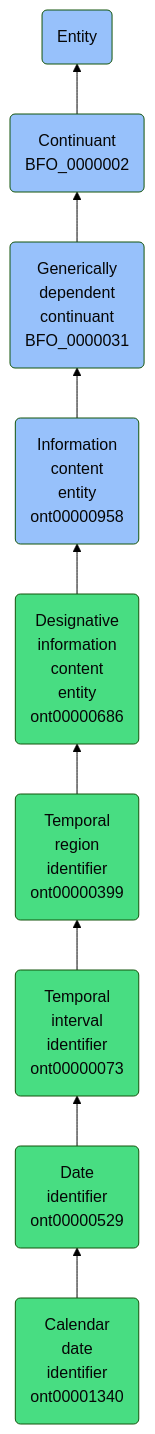
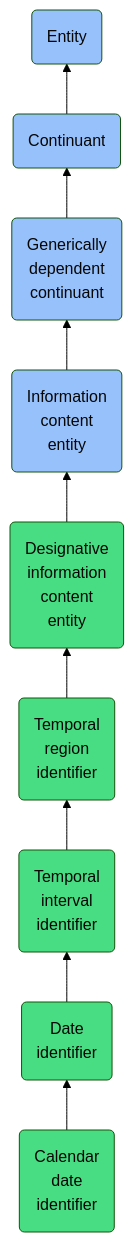
Before and after one commit to jupyter-naas/abi: the diagram in docs/ontology/reference/model/Entity/Continuant/Generically dependent continuant/Information content entity/Designative information content entity/Temporal region identifier/Temporal interval identifier/Date identifier/Calendar date identifier/Calendar date identifier.md, drawn with Mermaid (forest theme). The commit also changed other lines of this file and 1430 other files, not shown here.

````diff
--- a/docs/ontology/reference/model/Entity/Continuant/Generically dependent continuant/Information content entity/Designative information content entity/Temporal region identifier/Temporal interval identifier/Date identifier/Calendar date identifier/Calendar date identifier.md
+++ b/docs/ontology/reference/model/Entity/Continuant/Generically dependent continuant/Information content entity/Designative information content entity/Temporal region identifier/Temporal interval identifier/Date identifier/Calendar date identifier/Calendar date identifier.md
@@ -24,16 +24,16 @@
 ```mermaid
 graph BT
-    ont00001340(Calendar<br>date<br>identifier<br>ont00001340):::ABI-->ont00000529
-    ont00000529(Date<br>identifier<br>ont00000529):::ABI-->ont00000073
-    ont00000073(Temporal<br>interval<br>identifier<br>ont00000073):::ABI-->ont00000399
-    ont00000399(Temporal<br>region<br>identifier<br>ont00000399):::ABI-->ont00000686
-    ont00000686(Designative<br>information<br>content<br>entity<br>ont00000686):::ABI-->ont00000958
-    ont00000958(Information<br>content<br>entity<br>ont00000958):::BFO-->BFO_0000031
-    BFO_0000031(Generically<br>dependent<br>continuant<br>BFO_0000031):::BFO-->BFO_0000002
-    BFO_0000002(Continuant<br>BFO_0000002):::BFO-->BFO_0000001
+    ont00001340(Calendar<br>date<br>identifier):::ABI-->ont00000529
+    ont00000529(Date<br>identifier):::ABI-->ont00000073
+    ont00000073(Temporal<br>interval<br>identifier):::ABI-->ont00000399
+    ont00000399(Temporal<br>region<br>identifier):::ABI-->ont00000686
+    ont00000686(Designative<br>information<br>content<br>entity):::ABI-->ont00000958
+    ont00000958(Information<br>content<br>entity):::BFO-->BFO_0000031
+    BFO_0000031(Generically<br>dependent<br>continuant):::BFO-->BFO_0000002
+    BFO_0000002(Continuant):::BFO-->BFO_0000001
     BFO_0000001(Entity):::BFO
     
     classDef BFO fill:#97c1fb,color:#060606
     classDef CCO fill:#e4c51e,color:#060606
     classDef ABI fill:#48DD82,color:#060606
 ```
````
